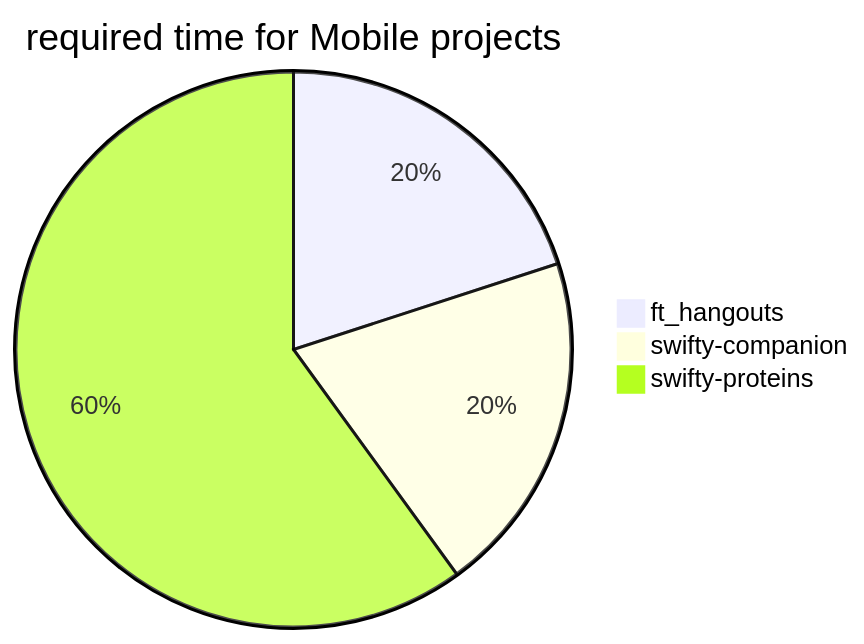
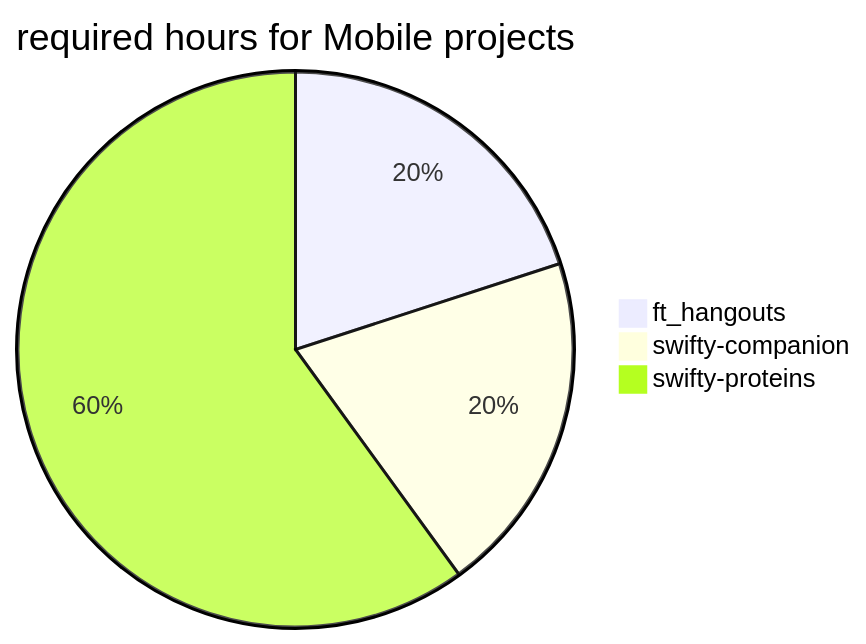
One commit to jmcheon/web_mobile_branch changed the fifth of 6 diagrams in README.md. Above: the diagram before and after it, drawn with Mermaid. The commit also changed other lines of this file, not shown here.

````diff
--- a/README.md
+++ b/README.md
@@ -83,6 +92,6 @@
 ```mermaid
-pie  title required time for Mobile projects
+pie  title required hours for Mobile projects
 	"ft_hangouts"  : 49
 	"swifty-companion"  : 49
 	"swifty-proteins"  : 147
 ```
````
